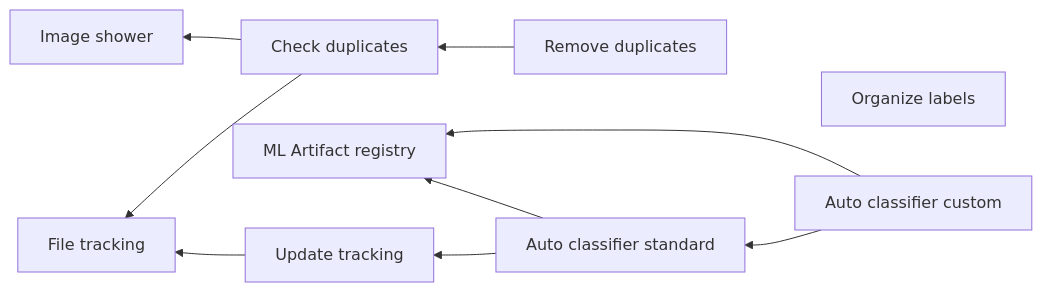
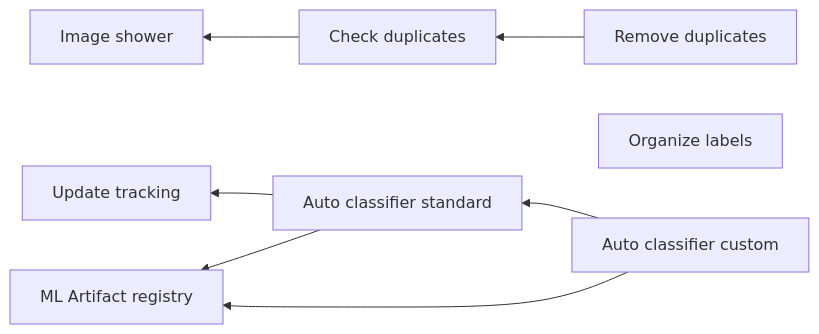
Before and after one commit to AlexMilanor/imgFolder_tools: the diagram in doc/roadmap.md, drawn with Mermaid. The commit also changed other lines of this file, not shown here.

Commit message:
docs: Finished file tracking feature

````diff
--- a/doc/roadmap.md
+++ b/doc/roadmap.md
@@ -41,13 +41,12 @@
 ```mermaid
 graph RL;
-    FiT[File tracking];
-    Up[Update tracking] --> FiT;
-    Cd[Check duplicates] --> FiT;
+    Up[Update tracking];
+    Cd[Check duplicates];
     Cd --> Is[Image shower];
     Rd[Remove duplicates] --> Cd;
     Ol[Organize labels];
     AutoS[Auto classifier standard] --> Up;
     AutoC[Auto classifier custom] --> AutoS;
     AutoS --> Reg[ML Artifact registry];
     AutoC --> Reg;
 ```
````
